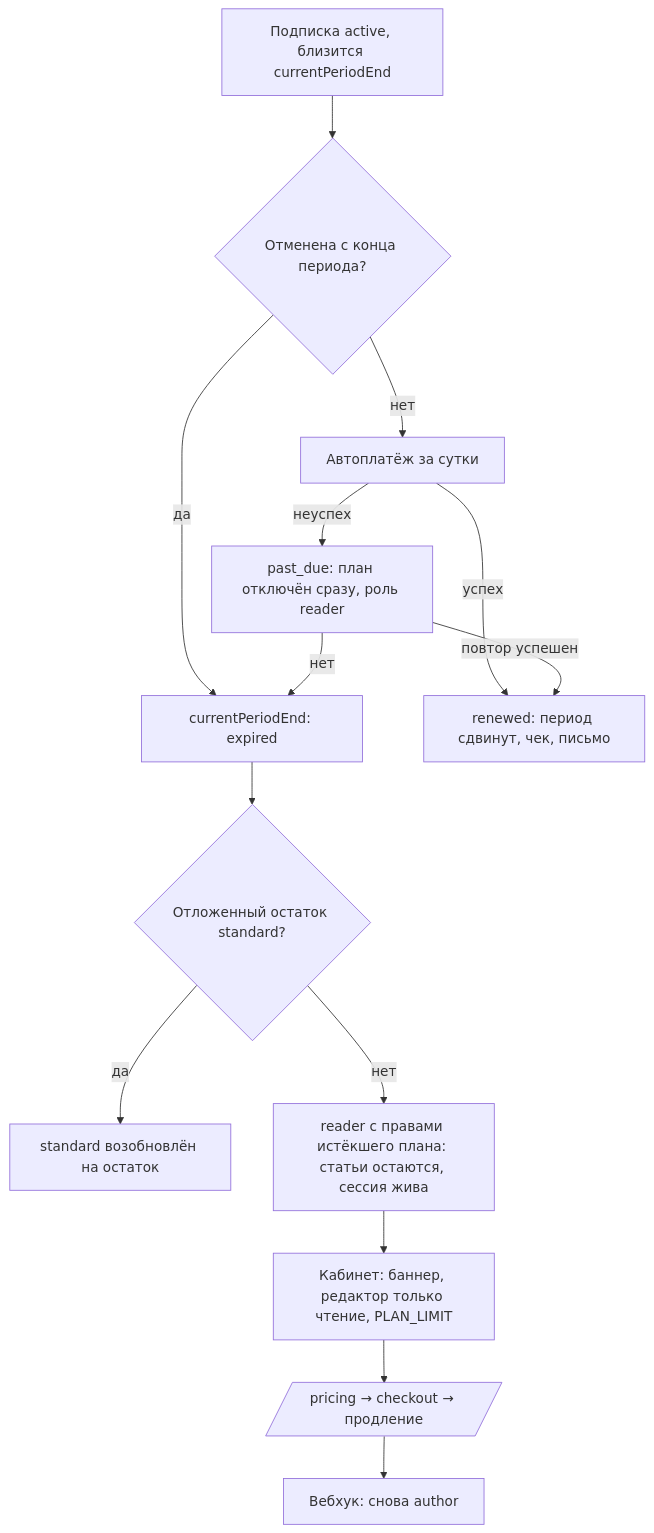
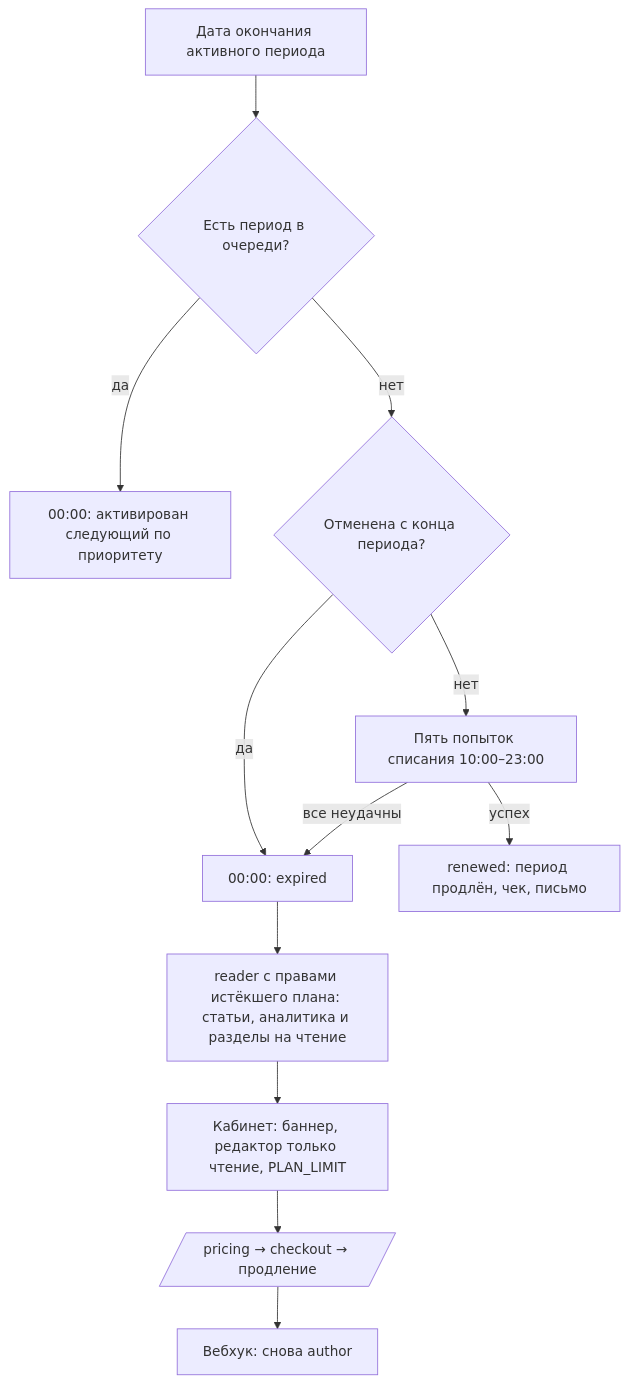
Before and after one commit to Egoka/Altera: the diagram in docs/spec/10-flows/subscription-expires.md, drawn with Mermaid. The commit also changed other lines of this file and 32 other files, not shown here.

````diff
--- a/docs/spec/10-flows/subscription-expires.md
+++ b/docs/spec/10-flows/subscription-expires.md
@@ -68,16 +68,14 @@
 ```mermaid
 flowchart TD
-  A[Подписка active, близится currentPeriodEnd] --> B{Отменена с конца периода?}
-  B -- да --> E[currentPeriodEnd: expired]
-  B -- нет --> C[Автоплатёж за сутки]
-  C -- успех --> D[renewed: период сдвинут, чек, письмо]
-  C -- неуспех --> F[past_due: план отключён сразу, роль reader]
-  F -- повтор успешен --> D
-  F -- нет --> E
-  E --> G{Отложенный остаток standard?}
-  G -- да --> H[standard возобновлён на остаток]
-  G -- нет --> I[reader с правами истёкшего плана: статьи остаются, сессия жива]
+  A[Дата окончания активного периода] --> B{Есть период в очереди?}
+  B -- да --> Q[00:00: активирован следующий по приоритету]
+  B -- нет --> C{Отменена с конца периода?}
+  C -- да --> E[00:00: expired]
+  C -- нет --> D[Пять попыток списания 10:00–23:00]
+  D -- успех --> R[renewed: период продлён, чек, письмо]
+  D -- все неудачны --> E
+  E --> I[reader с правами истёкшего плана: статьи, аналитика и разделы на чтение]
   I --> J[Кабинет: баннер, редактор только чтение, PLAN_LIMIT]
   J --> K[/pricing → checkout → продление/]
   K --> L[Вебхук: снова author]
 ```
````
